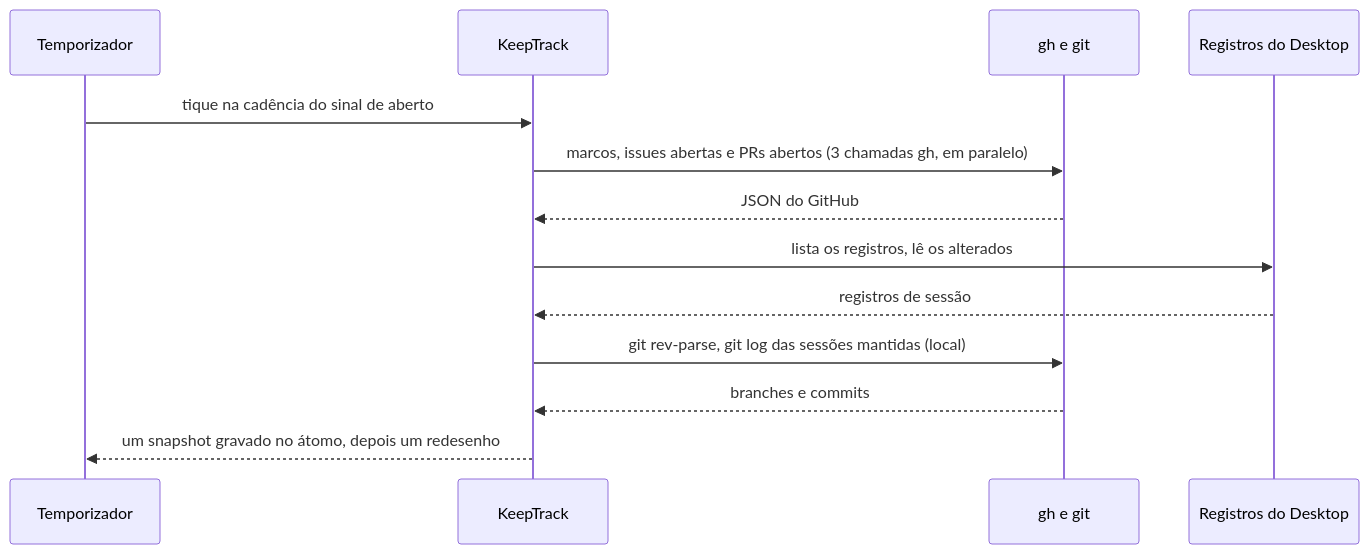
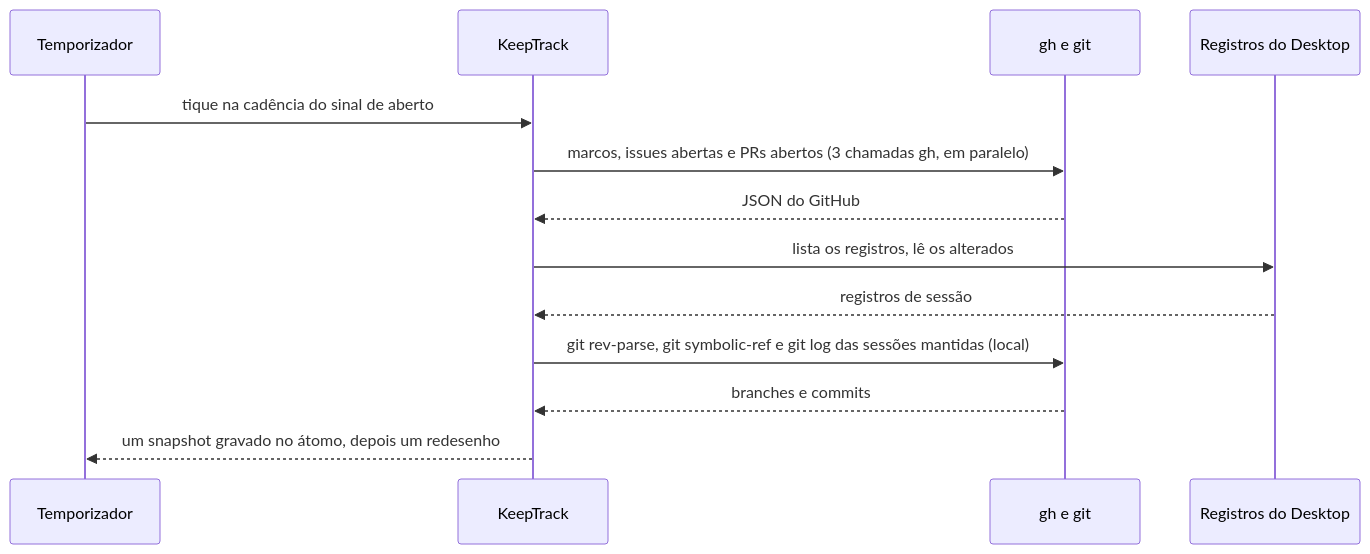
Before and after one commit to KeepGlide/keepaway-repo: the second of 2 diagrams in README.pt-BR.md, drawn with Mermaid. The commit also changed other lines of this file and 2 other files, not shown here.

````diff
--- a/README.pt-BR.md
+++ b/README.pt-BR.md
@@ -92,15 +104,15 @@
 ```mermaid
 sequenceDiagram
     participant T as Temporizador
     participant K as KeepTrack
     participant G as gh e git
     participant D as Registros do Desktop
     T->>K: tique na cadência do sinal de aberto
     K->>G: marcos, issues abertas e PRs abertos (3 chamadas gh, em paralelo)
     G-->>K: JSON do GitHub
     K->>D: lista os registros, lê os alterados
     D-->>K: registros de sessão
-    K->>G: git rev-parse, git log das sessões mantidas (local)
+    K->>G: git rev-parse, git symbolic-ref e git log das sessões mantidas (local)
     G-->>K: branches e commits
     K-->>T: um snapshot gravado no átomo, depois um redesenho
 ```
````
